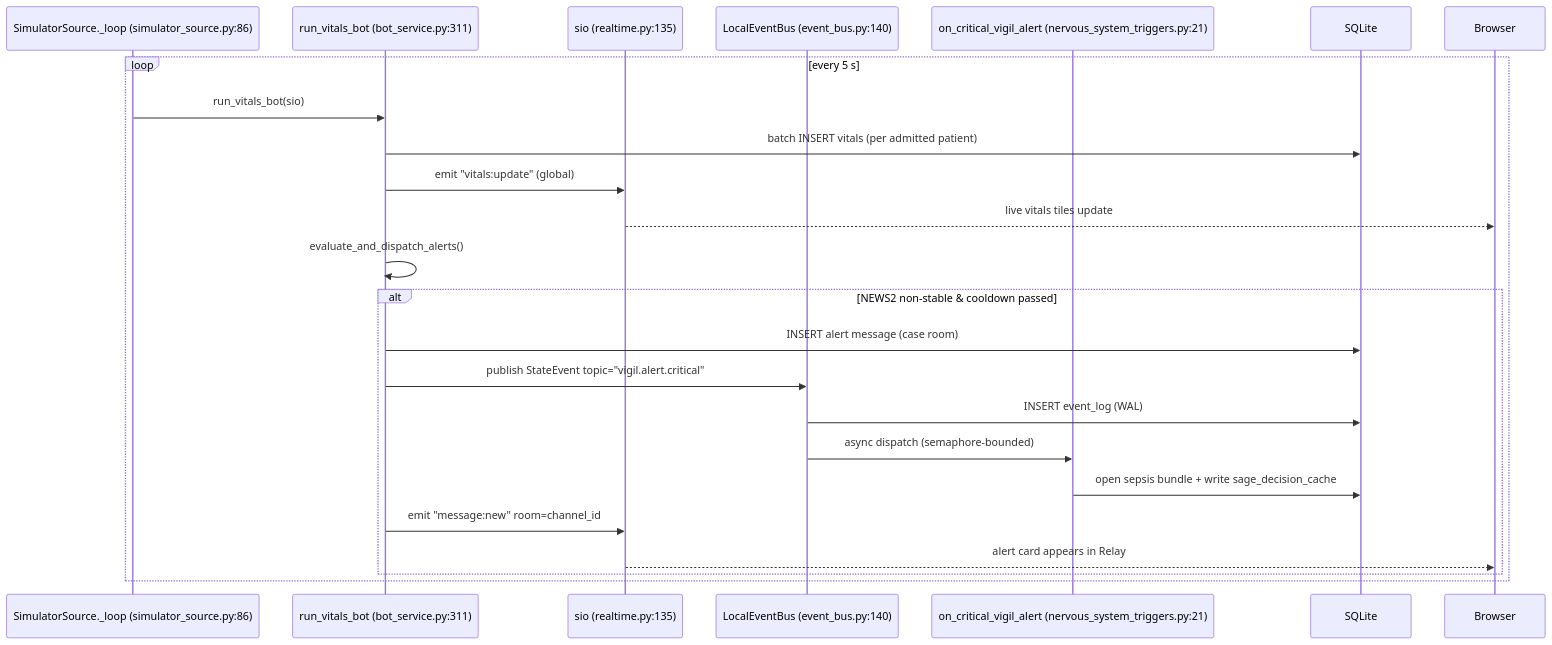
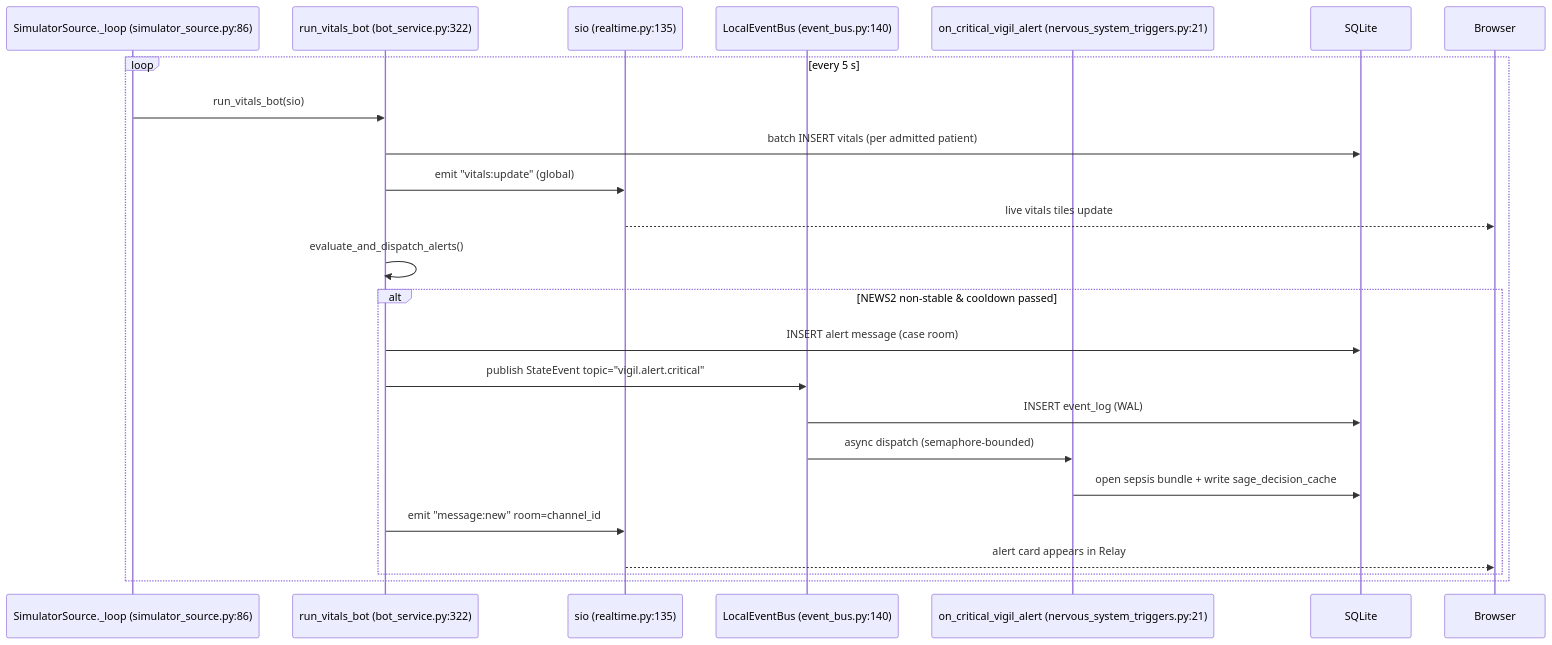
Before and after one commit to samuelmorningstar23/Orb: the second of 2 diagrams in docs/guide/06-realtime.md, drawn with Mermaid. The commit also changed other lines of this file and 188 other files, not shown here.

````diff
--- a/docs/guide/06-realtime.md
+++ b/docs/guide/06-realtime.md
@@ -68,27 +68,27 @@
 ```mermaid
 sequenceDiagram
     participant T as SimulatorSource._loop (simulator_source.py:86)
-    participant B as run_vitals_bot (bot_service.py:311)
+    participant B as run_vitals_bot (bot_service.py:322)
     participant S as sio (realtime.py:135)
     participant EB as LocalEventBus (event_bus.py:140)
     participant NT as on_critical_vigil_alert (nervous_system_triggers.py:21)
     participant DB as SQLite
     participant C as Browser
 
     loop every 5 s
         T->>B: run_vitals_bot(sio)
         B->>DB: batch INSERT vitals (per admitted patient)
         B->>S: emit "vitals:update" (global)
         S-->>C: live vitals tiles update
         B->>B: evaluate_and_dispatch_alerts()
         alt NEWS2 non-stable & cooldown passed
             B->>DB: INSERT alert message (case room)
             B->>EB: publish StateEvent topic="vigil.alert.critical"
             EB->>DB: INSERT event_log (WAL)
             EB->>NT: async dispatch (semaphore-bounded)
             NT->>DB: open sepsis bundle + write sage_decision_cache
             B->>S: emit "message:new" room=channel_id
             S-->>C: alert card appears in Relay
         end
     end
 ```
````
